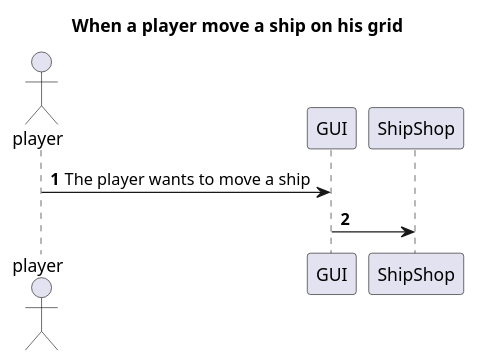
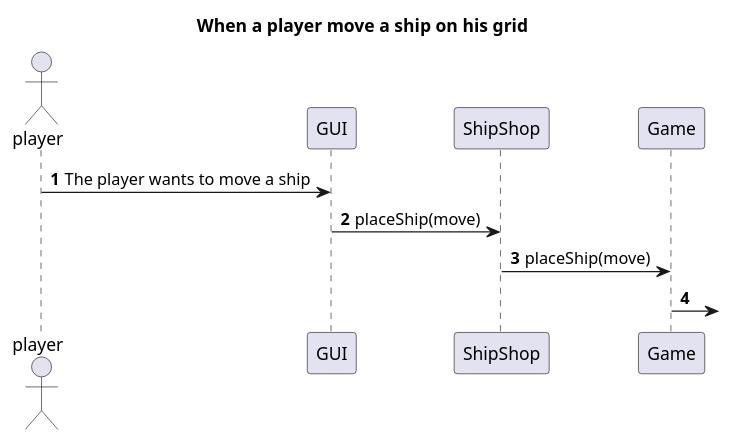
One commit to Reynault/ShipShop changed the diagram in doc/conception/pmul/sequence/move.puml. Above: the diagram before and after it, drawn with PlantUML. The commit also changed 2 other files, not shown here.

```diff
--- a/doc/conception/pmul/sequence/move.puml
+++ b/doc/conception/pmul/sequence/move.puml
@@ -1,12 +1,16 @@
 @startuml
 
 title When a player move a ship on his grid
 
 autonumber
 actor player
 
 player -> GUI: The player wants to move a ship
 
-GUI -> ShipShop:
+GUI -> ShipShop: placeShip(move)
+
+ShipShop -> Game: placeShip(move)
+
+Game ->
 
 @enduml
```
